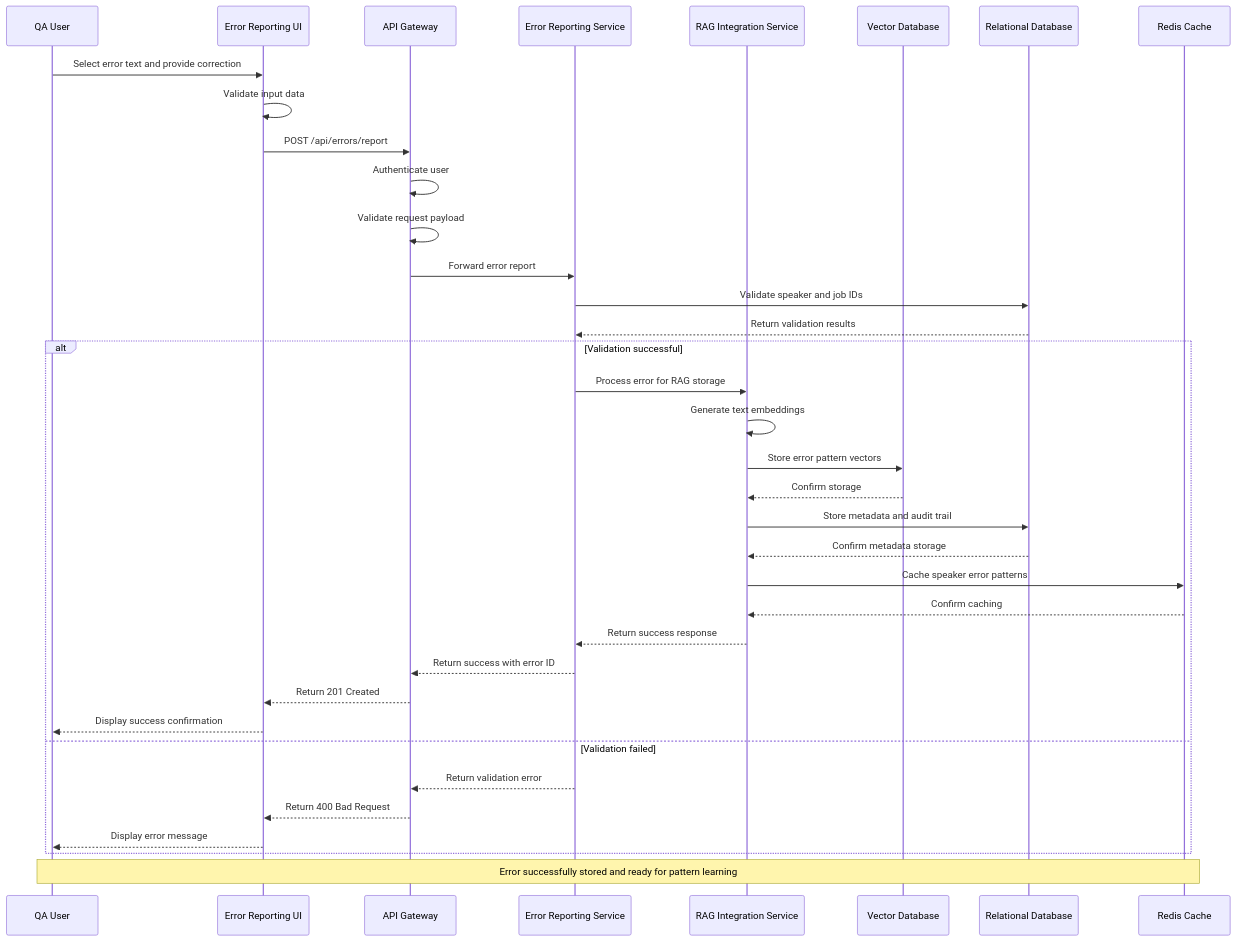
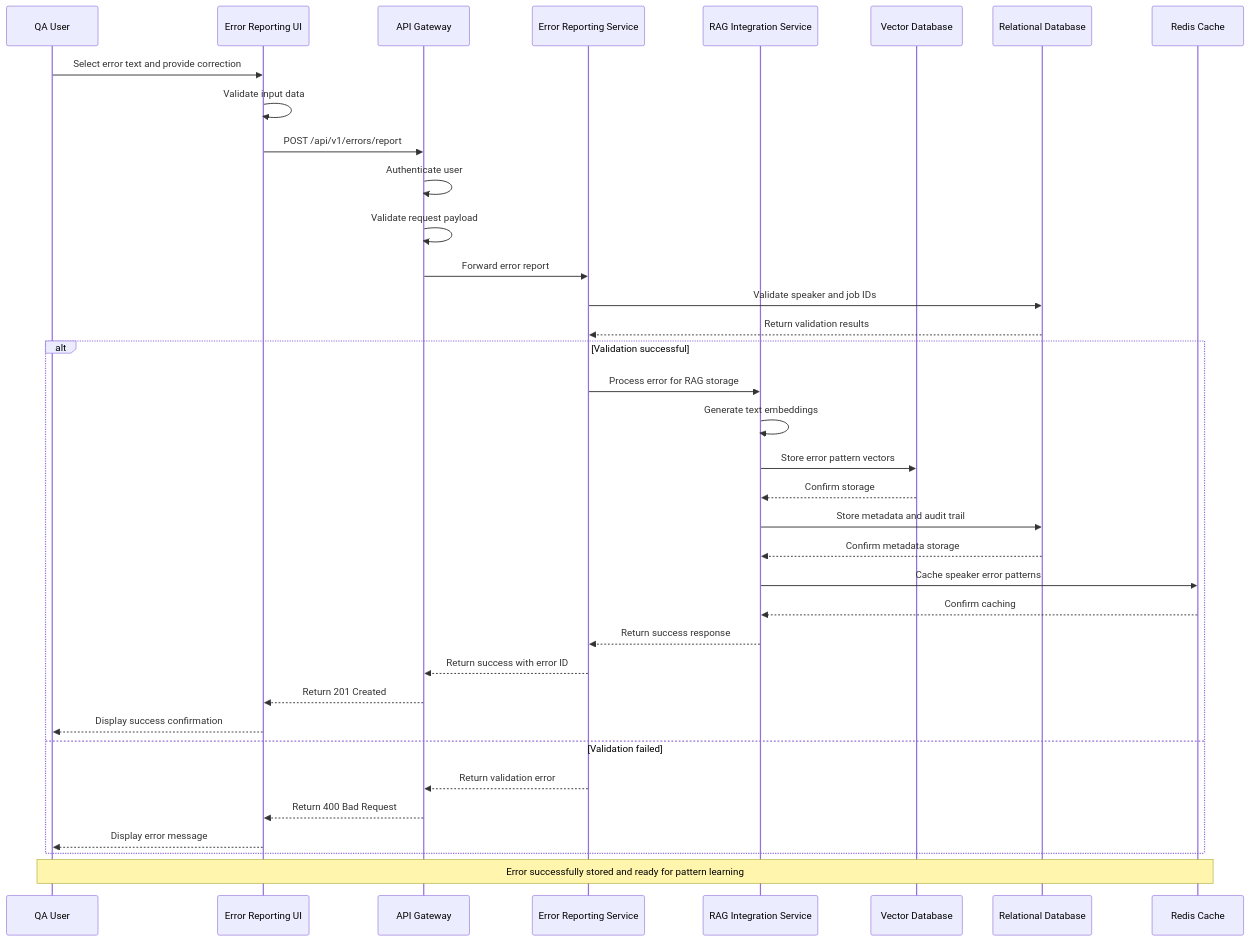
The fourth of 7 diagrams in documents/ASR_Error_Reporting_PRD.md (tan-res-space/rag-interface), drawn with Mermaid before and after one commit. The commit also changed other lines of this file and 134 other files, not shown here.

First line of the commit message:
feat: Implement RAG Integration Service with Hexagonal Architecture and TDD

````diff
--- a/documents/ASR_Error_Reporting_PRD.md
+++ b/documents/ASR_Error_Reporting_PRD.md
@@ -559,47 +580,47 @@
 ```mermaid
 sequenceDiagram
     participant QA as QA User
     participant UI as Error Reporting UI
     participant API as API Gateway
     participant ERS as Error Reporting Service
     participant RIS as RAG Integration Service
     participant VDB as Vector Database
     participant RDB as Relational Database
     participant CACHE as Redis Cache
 
     QA->>UI: Select error text and provide correction
     UI->>UI: Validate input data
-    UI->>API: POST /api/errors/report
+    UI->>API: POST /api/v1/errors/report
 
     API->>API: Authenticate user
     API->>API: Validate request payload
     API->>ERS: Forward error report
 
     ERS->>RDB: Validate speaker and job IDs
     RDB-->>ERS: Return validation results
 
     alt Validation successful
         ERS->>RIS: Process error for RAG storage
         RIS->>RIS: Generate text embeddings
         RIS->>VDB: Store error pattern vectors
         VDB-->>RIS: Confirm storage
 
         RIS->>RDB: Store metadata and audit trail
         RDB-->>RIS: Confirm metadata storage
 
         RIS->>CACHE: Cache speaker error patterns
         CACHE-->>RIS: Confirm caching
 
         RIS-->>ERS: Return success response
         ERS-->>API: Return success with error ID
         API-->>UI: Return 201 Created
         UI-->>QA: Display success confirmation
 
     else Validation failed
         ERS-->>API: Return validation error
         API-->>UI: Return 400 Bad Request
         UI-->>QA: Display error message
     end
 
     Note over QA,CACHE: Error successfully stored and ready for pattern learning
 ```
````
